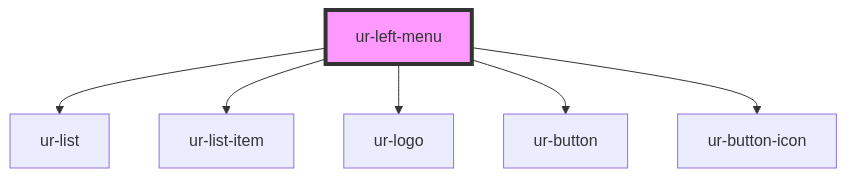
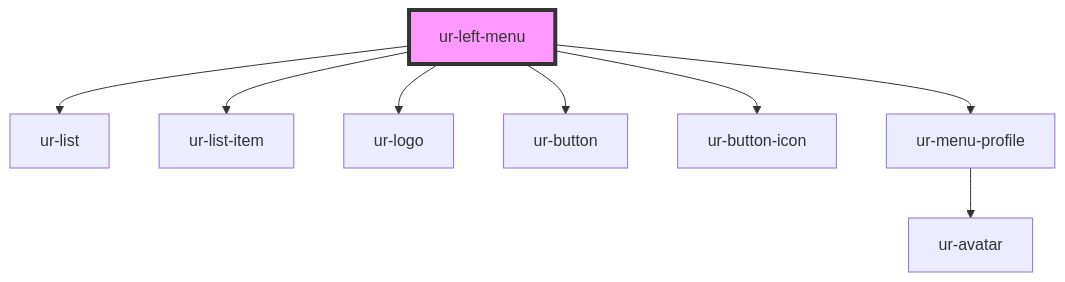
The diagram in src/components/ur-menu/readme.md (hellish/urnovl-web-components), drawn with Mermaid before and after one commit. The commit also changed other lines of this file and 87 other files, not shown here.

Commit message:
Menu profile fix

````diff
--- a/src/components/ur-menu/readme.md
+++ b/src/components/ur-menu/readme.md
@@ -36,9 +37,11 @@
 ```mermaid
 graph TD;
   ur-left-menu --> ur-list
   ur-left-menu --> ur-list-item
   ur-left-menu --> ur-logo
   ur-left-menu --> ur-button
   ur-left-menu --> ur-button-icon
+  ur-left-menu --> ur-menu-profile
+  ur-menu-profile --> ur-avatar
   style ur-left-menu fill:#f9f,stroke:#333,stroke-width:4px
 ```
````
